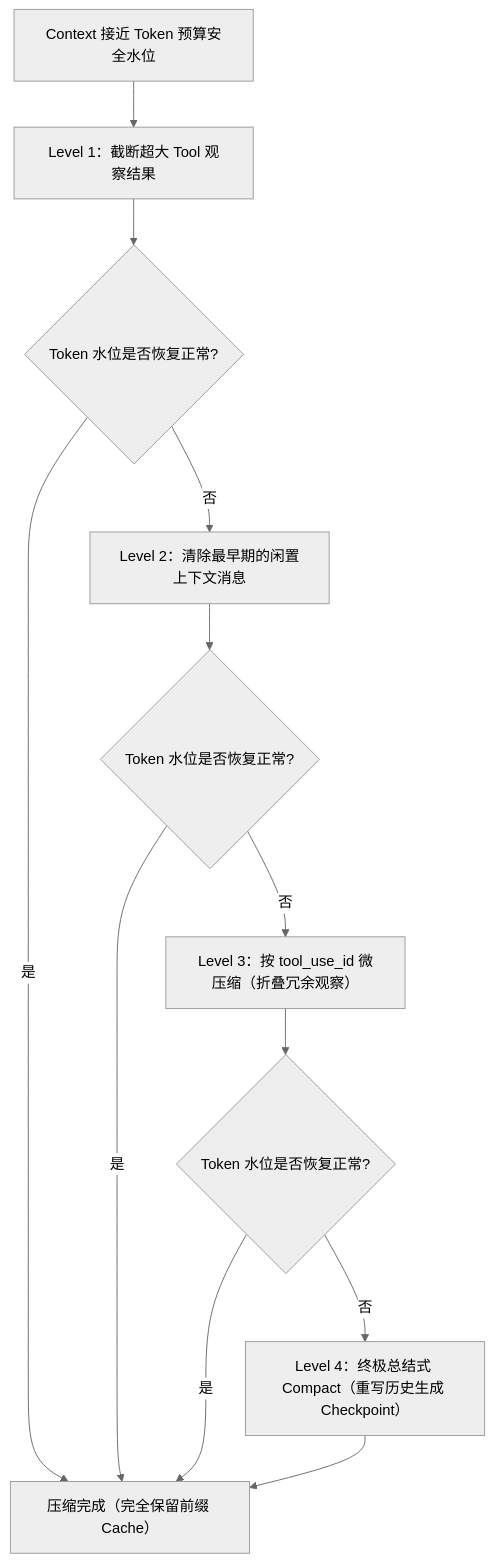
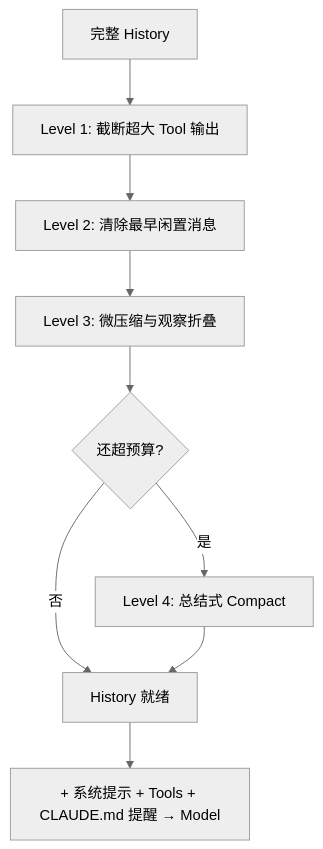
The seventh of 12 diagrams in docs/harness/claude-code.md (ImWenyaoT/website), drawn with Mermaid (neutral theme) before and after one commit. The commit also changed other lines of this file and 2 other files, not shown here.

````diff
--- a/docs/harness/claude-code.md
+++ b/docs/harness/claude-code.md
@@ -90,16 +160,11 @@
 ```mermaid
-flowchart TD
-    Raw["Context 接近 Token 预算安全水位"] --> S1["Level 1：截断超大 Tool 观察结果"]
-    S1 --> Check1{"Token 水位是否恢复正常?"}
-    Check1 -->|"是"| Done["压缩完成（完全保留前缀 Cache）"]
-    Check1 -->|"否"| S2["Level 2：清除最早期的闲置上下文消息"]
-    
-    S2 --> Check2{"Token 水位是否恢复正常?"}
-    Check2 -->|"是"| Done
-    Check2 -->|"否"| S3["Level 3：按 tool_use_id 微压缩（折叠冗余观察）"]
-
-    S3 --> Check3{"Token 水位是否恢复正常?"}
-    Check3 -->|"是"| Done
-    Check3 -->|"否"| S4["Level 4：终极总结式 Compact（重写历史生成 Checkpoint）"]
-    S4 --> Done
+flowchart TB
+    H["完整 History"] --> P1["Level 1: 截断超大 Tool 输出"]
+    P1 --> P2["Level 2: 清除最早闲置消息"]
+    P2 --> P3["Level 3: 微压缩与观察折叠"]
+    P3 --> P4{"还超预算?"}
+    P4 -->|"是"| P5["Level 4: 总结式 Compact"]
+    P4 -->|"否"| Ready["History 就绪"]
+    P5 --> Ready
+    Ready --> M["+ 系统提示 + Tools + CLAUDE.md 提醒 → Model"]
 ```
````
